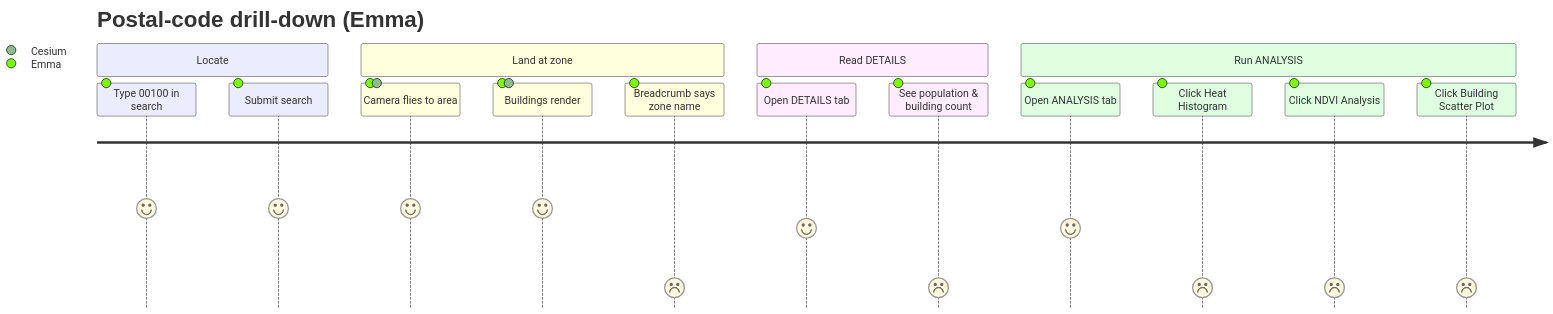
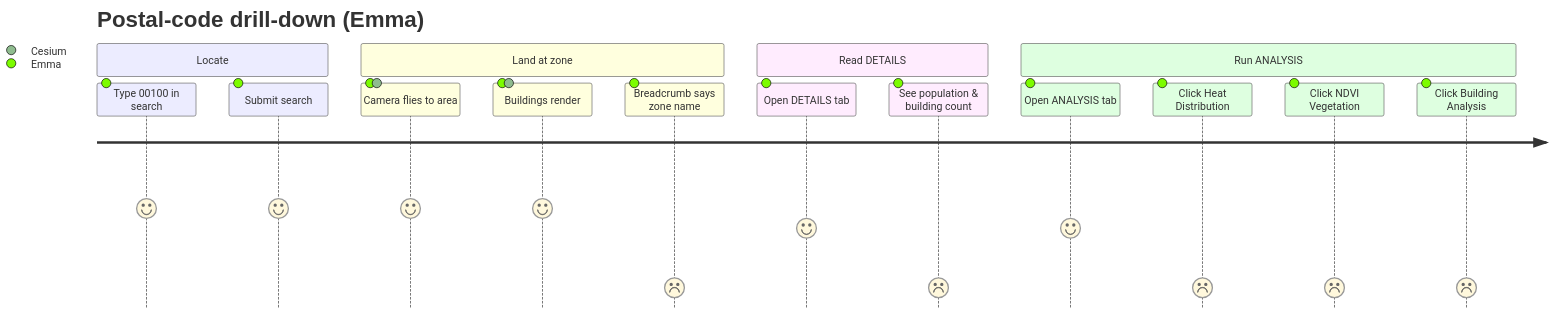
One commit to ForumViriumHelsinki/R4C-Cesium-Viewer changed the first of 3 diagrams in docs/blueprint/user-journeys/02-postal-code-drilldown.md. Above: the diagram before and after it, drawn with Mermaid. The commit also changed other lines of this file and 3 other files, not shown here.

````diff
--- a/docs/blueprint/user-journeys/02-postal-code-drilldown.md
+++ b/docs/blueprint/user-journeys/02-postal-code-drilldown.md
@@ -22,19 +22,19 @@
 ```mermaid
 journey
     title Postal-code drill-down (Emma)
     section Locate
       Type 00100 in search: 5: Emma
       Submit search: 5: Emma
     section Land at zone
       Camera flies to area: 5: Emma, Cesium
       Buildings render: 5: Emma, Cesium
       Breadcrumb says zone name: 1: Emma
     section Read DETAILS
       Open DETAILS tab: 4: Emma
       See population & building count: 1: Emma
     section Run ANALYSIS
       Open ANALYSIS tab: 4: Emma
-      Click Heat Histogram: 1: Emma
-      Click NDVI Analysis: 1: Emma
-      Click Building Scatter Plot: 1: Emma
+      Click Heat Distribution: 1: Emma
+      Click NDVI Vegetation: 1: Emma
+      Click Building Analysis: 1: Emma
 ```
````
